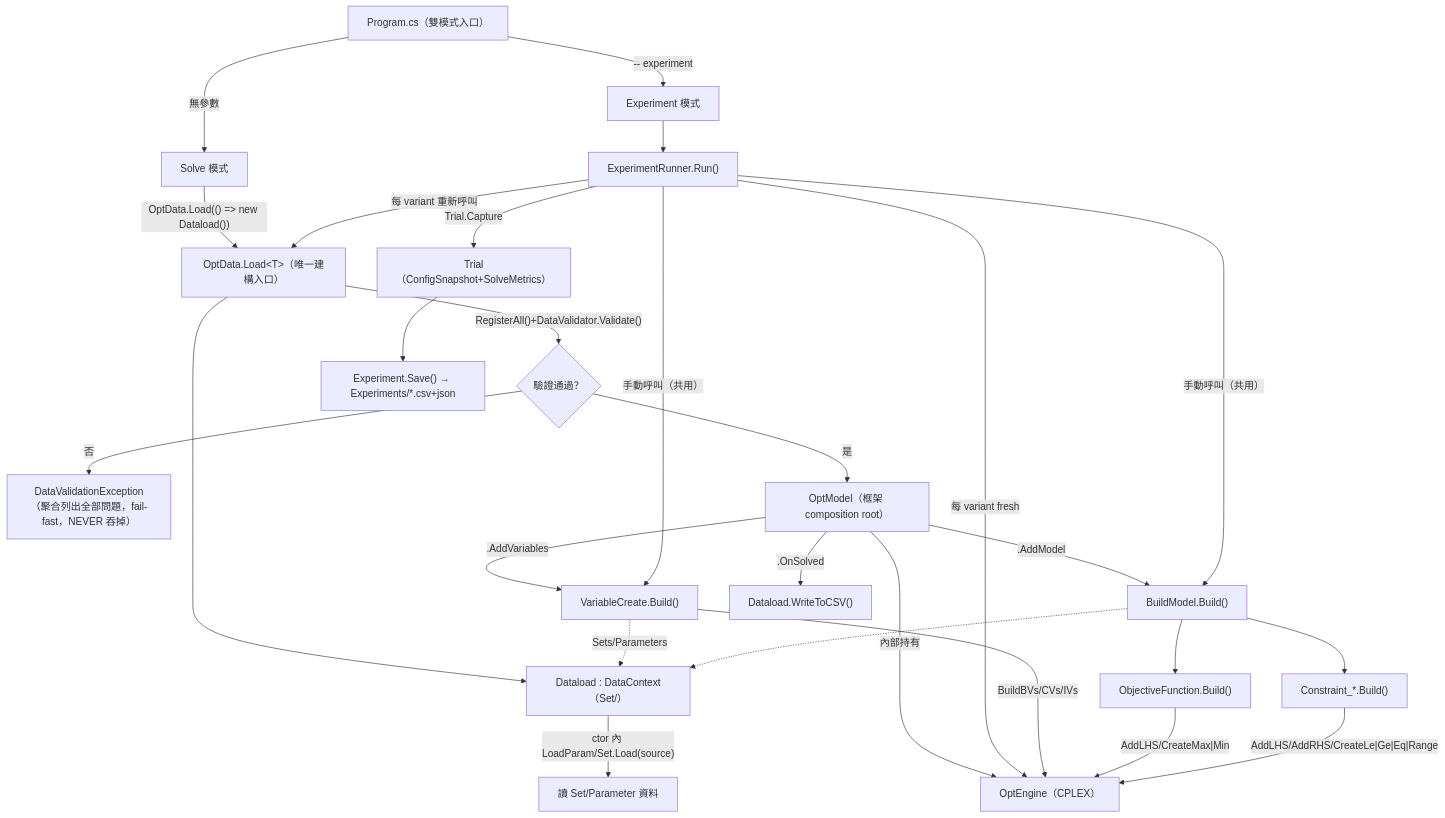
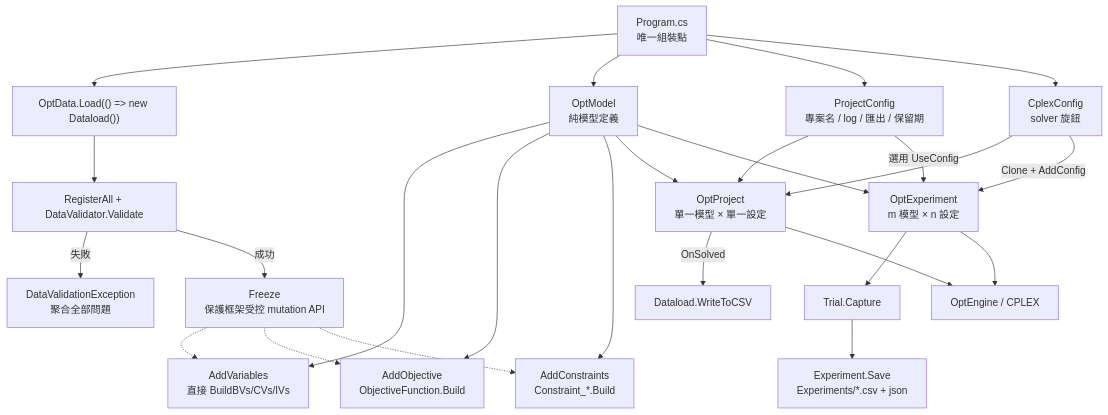
The diagram in CodeMap.md (zxcbig7/LLMAutoModeling), drawn with Mermaid before and after one commit. The commit also changed other lines of this file and 243 other files, not shown here.

````diff
--- a/CodeMap.md
+++ b/CodeMap.md
@@ -22,34 +14,32 @@
 ```mermaid
 graph TD
-    Program["Program.cs（雙模式入口）"]
-    Program -->|"無參數"| Solve["Solve 模式"]
-    Program -->|"-- experiment"| Exp["Experiment 模式"]
+    Program["Program.cs<br/>唯一組裝點"]
+    Program --> Load["OptData.Load(() => new Dataload())"]
+    Load --> Init["RegisterAll + DataValidator.Validate"]
+    Init -->|"失敗"| Fail["DataValidationException<br/>聚合全部問題"]
+    Init -->|"成功"| Freeze["Freeze<br/>保護框架受控 mutation API"]
 
-    Solve -->|"OptData.Load(() => new Dataload())"| Load["OptData.Load&lt;T&gt;（唯一建構入口）"]
-    Load --> DL["Dataload : DataContext（Set/）"]
-    DL -->|"ctor 內 LoadParam/Set.Load(source)"| Read["讀 Set/Parameter 資料"]
-    Load -->|"RegisterAll()+DataValidator.Validate()"| Gate{"驗證通過？"}
-    Gate -->|"否"| Fail["DataValidationException（聚合列出全部問題，fail-fast，NEVER 吞掉）"]
-    Gate -->|"是"| OptModel["OptModel（框架 composition root）"]
+    Program --> Model["OptModel<br/>純模型定義"]
+    Model --> Vars["AddVariables<br/>直接 BuildBVs/CVs/IVs"]
+    Model --> Obj["AddObjective<br/>ObjectiveFunction.Build"]
+    Model --> Cons["AddConstraints<br/>Constraint_*.Build"]
+    Freeze -.-> Vars
+    Freeze -.-> Obj
+    Freeze -.-> Cons
 
-    OptModel -->|".AddVariables"| VC["VariableCreate.Build()"]
-    OptModel -->|".AddModel"| BM["BuildModel.Build()"]
-    OptModel -->|".OnSolved"| WCSV["Dataload.WriteToCSV()"]
-    OptModel -->|"內部持有"| Engine["OptEngine（CPLEX）"]
+    Program --> PC["ProjectConfig<br/>專案名 / log / 匯出 / 保留期"]
+    Program --> SC["CplexConfig<br/>solver 旋鈕"]
+    Model --> Project["OptProject<br/>單一模型 × 單一設定"]
+    PC --> Project
+    SC --> Project
+    Project -->|"OnSolved"| CSV["Dataload.WriteToCSV"]
 
-    Exp --> ER["ExperimentRunner.Run()"]
-    ER -->|"每 variant 重新呼叫"| Load
-    ER -->|"每 variant fresh"| Engine
-    ER -->|"手動呼叫（共用）"| VC
-    ER -->|"手動呼叫（共用）"| BM
-    ER -->|"Trial.Capture"| Trial["Trial（ConfigSnapshot+SolveMetrics）"]
-    Trial --> Exp2["Experiment.Save() → Experiments/*.csv+json"]
+    Model --> Experiment["OptExperiment<br/>m 模型 × n 設定"]
+    SC -->|"Clone + AddConfig"| Experiment
+    PC -->|"選用 UseConfig"| Experiment
+    Experiment --> Trial["Trial.Capture"]
+    Trial --> Save["Experiment.Save<br/>Experiments/*.csv + json"]
 
-    VC -->|"BuildBVs/CVs/IVs"| Engine
-    BM --> OBJ["ObjectiveFunction.Build()"]
-    BM --> CONS["Constraint_*.Build()"]
-    OBJ -->|"AddLHS/CreateMax|Min"| Engine
-    CONS -->|"AddLHS/AddRHS/CreateLe|Ge|Eq|Range"| Engine
-    VC -.->|"Sets/Parameters"| DL
-    BM -.-> DL
+    Project --> Engine["OptEngine / CPLEX"]
+    Experiment --> Engine
 ```
````
